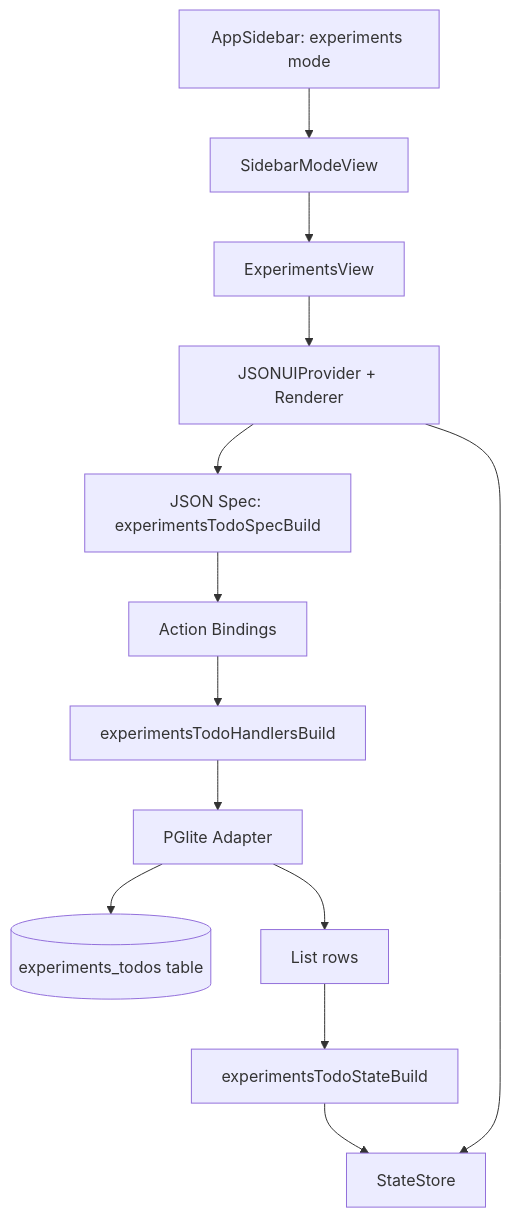
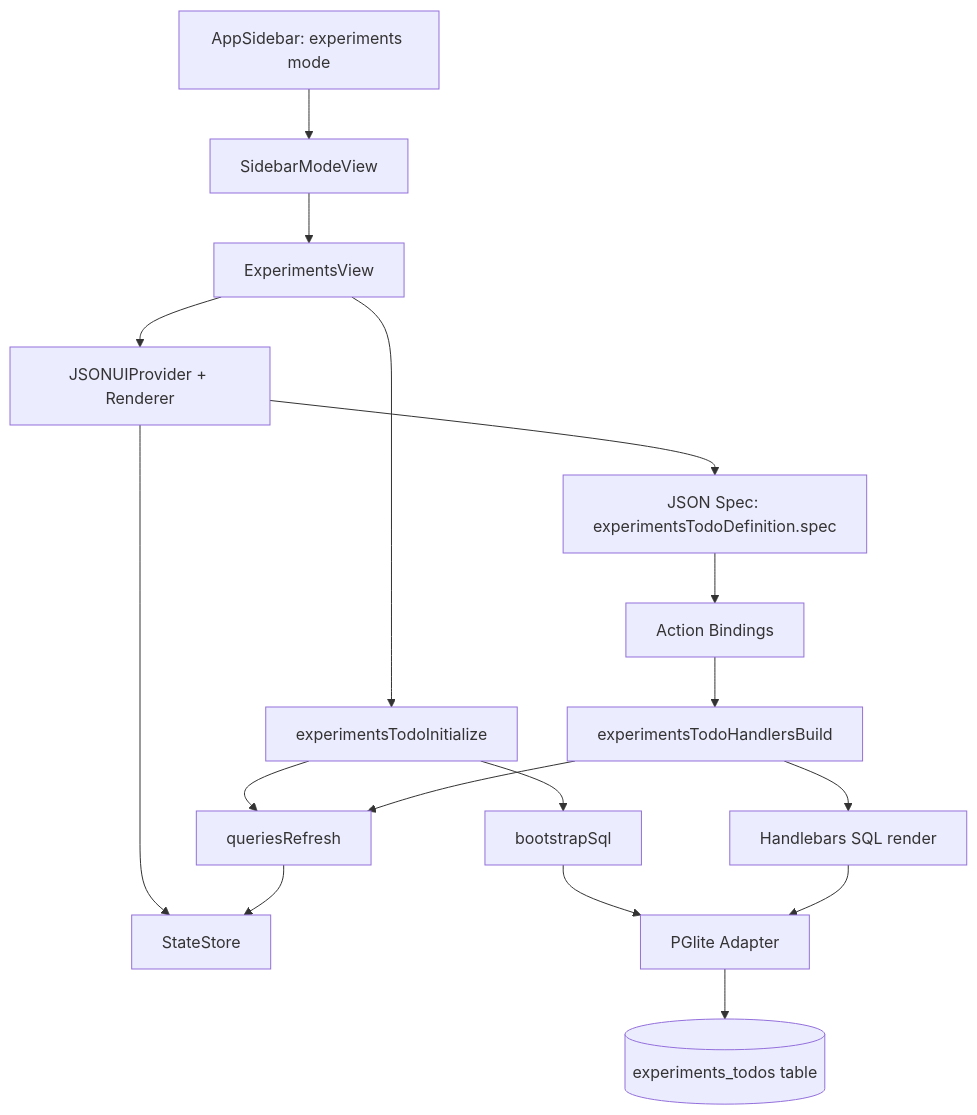
One commit to ex3ndr/daycare changed the first of 3 diagrams in doc/2026-03-03-experiments-sidebar.md. Above: the diagram before and after it, drawn with Mermaid. The commit also changed other lines of this file and 10 other files, not shown here.

Commit message:
feat(app): drive experiments with SQL JSON model

````diff
--- a/doc/2026-03-03-experiments-sidebar.md
+++ b/doc/2026-03-03-experiments-sidebar.md
@@ -10,15 +15,19 @@
 ```mermaid
 flowchart TD
     A[AppSidebar: experiments mode] --> B[SidebarModeView]
     B --> C[ExperimentsView]
     C --> D[JSONUIProvider + Renderer]
-    D --> E[JSON Spec: experimentsTodoSpecBuild]
+    D --> E[JSON Spec: experimentsTodoDefinition.spec]
     D --> F[StateStore]
-    E --> G[Action Bindings]
-    G --> H[experimentsTodoHandlersBuild]
+    C --> G[experimentsTodoInitialize]
+    G --> H[bootstrapSql]
     H --> I[PGlite Adapter]
     I --> J[(experiments_todos table)]
-    I --> K[List rows]
-    K --> L[experimentsTodoStateBuild]
-    L --> F
+    G --> K[queriesRefresh]
+    K --> F
+    E --> L[Action Bindings]
+    L --> M[experimentsTodoHandlersBuild]
+    M --> N[Handlebars SQL render]
+    N --> I
+    M --> K
 ```
````
